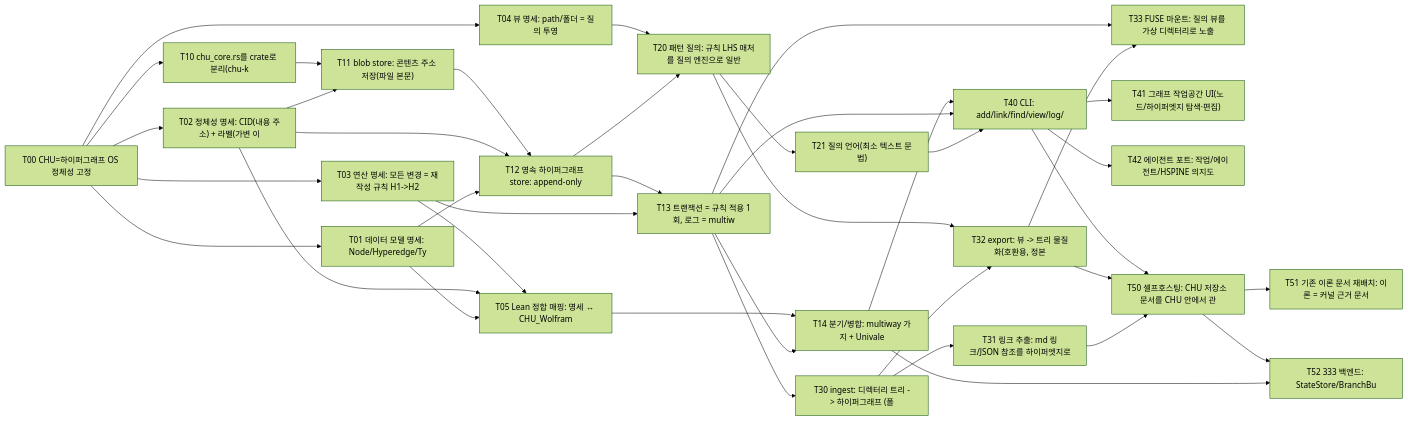
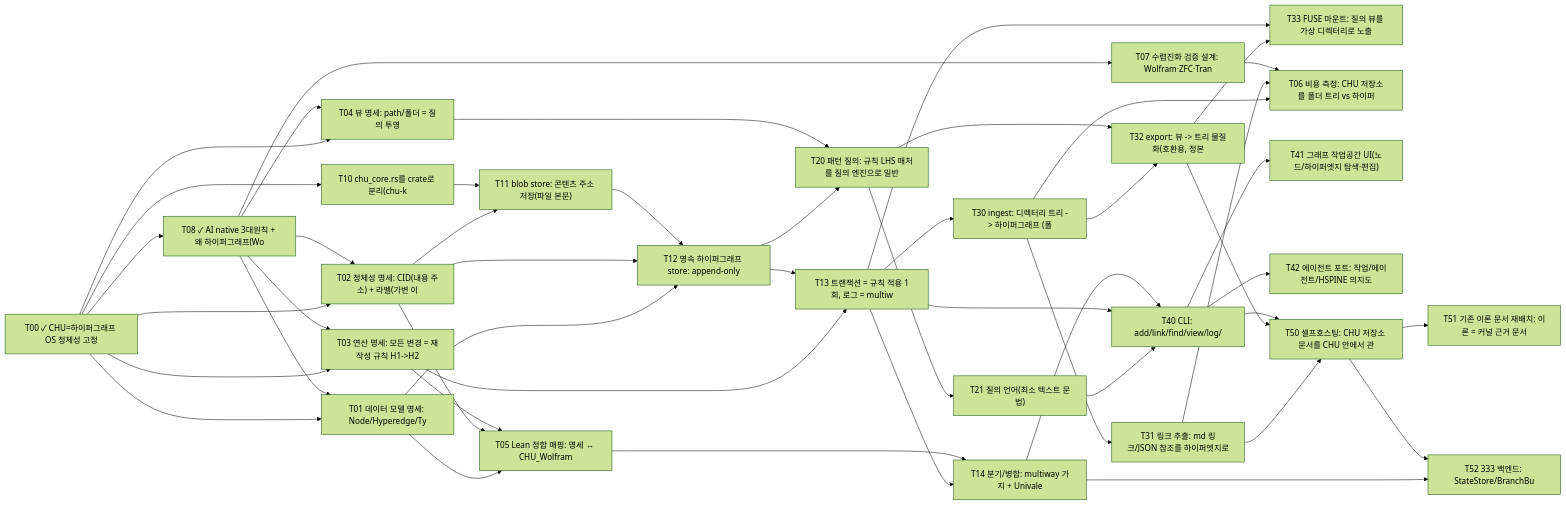
One commit to gj3447/CHU changed the diagram in plan/CHU_OS_PLAN.md. Above: the diagram before and after it, drawn with Mermaid (forest theme). The commit also changed other lines of this file and 26 other files, not shown here.

````diff
--- a/plan/CHU_OS_PLAN.md
+++ b/plan/CHU_OS_PLAN.md
@@ -62,44 +68,50 @@
 ```mermaid
 flowchart LR
-  T00["T00 CHU=하이퍼그래프 OS 정체성 고정"]
+  T00["T00 ✓ CHU=하이퍼그래프 OS 정체성 고정"]
+  T08["T08 ✓ AI native 3대원칙 + 왜 하이퍼그래프(Wo"]
   T01["T01 데이터 모델 명세: Node/Hyperedge/Ty"]
   T02["T02 정체성 명세: CID(내용 주소) + 라벨(가변 이"]
   T03["T03 연산 명세: 모든 변경 = 재작성 규칙 H1->H2"]
   T04["T04 뷰 명세: path/폴더 = 질의 투영"]
   T05["T05 Lean 정합 매핑: 명세 ↔ CHU_Wolfram"]
+  T07["T07 수렴진화 검증 설계: Wolfram·ZFC·Tran"]
   T10["T10 chu_core.rs를 crate로 분리(chu-k"]
   T11["T11 blob store: 콘텐츠 주소 저장(파일 본문)"]
   T12["T12 영속 하이퍼그래프 store: append-only"]
   T13["T13 트랜잭션 = 규칙 적용 1회, 로그 = multiw"]
   T14["T14 분기/병합: multiway 가지 + Univale"]
   T20["T20 패턴 질의: 규칙 LHS 매처를 질의 엔진으로 일반"]
   T21["T21 질의 언어(최소 텍스트 문법)"]
   T30["T30 ingest: 디렉터리 트리 -> 하이퍼그래프 (폴"]
   T31["T31 링크 추출: md 링크/JSON 참조를 하이퍼엣지로"]
   T32["T32 export: 뷰 -> 트리 물질화(호환용, 정본 "]
   T33["T33 FUSE 마운트: 질의 뷰를 가상 디렉터리로 노출"]
+  T06["T06 비용 측정: CHU 저장소를 폴더 트리 vs 하이퍼"]
   T40["T40 CLI: add/link/find/view/log/"]
   T41["T41 그래프 작업공간 UI(노드/하이퍼엣지 탐색·편집)"]
   T42["T42 에이전트 포트: 작업/에이전트/HSPINE 의지도 "]
   T50["T50 셀프호스팅: CHU 저장소 문서를 CHU 안에서 관"]
   T51["T51 기존 이론 문서 재배치: 이론 = 커널 근거 문서 "]
   T52["T52 333 백엔드: StateStore/BranchBu"]
-  T00 --> T01 & T02 & T03 & T04
+  T00 & T08 --> T01 & T02 & T03 & T04
   T01 & T02 & T03 --> T05
   T00 --> T10
   T02 & T10 --> T11
   T01 & T02 & T11 --> T12
   T03 & T12 --> T13
   T13 & T05 --> T14
   T12 & T04 --> T20
   T20 --> T21
   T13 --> T30
   T30 --> T31
   T30 & T20 --> T32
   T32 & T13 --> T33
   T21 & T13 & T14 --> T40
   T40 --> T41 & T42
   T31 & T32 & T40 --> T50
   T50 --> T51
   T14 & T50 --> T52
+  T00 --> T08
+  T08 --> T07
+  T30 & T31 & T07 --> T06
 ```
````
